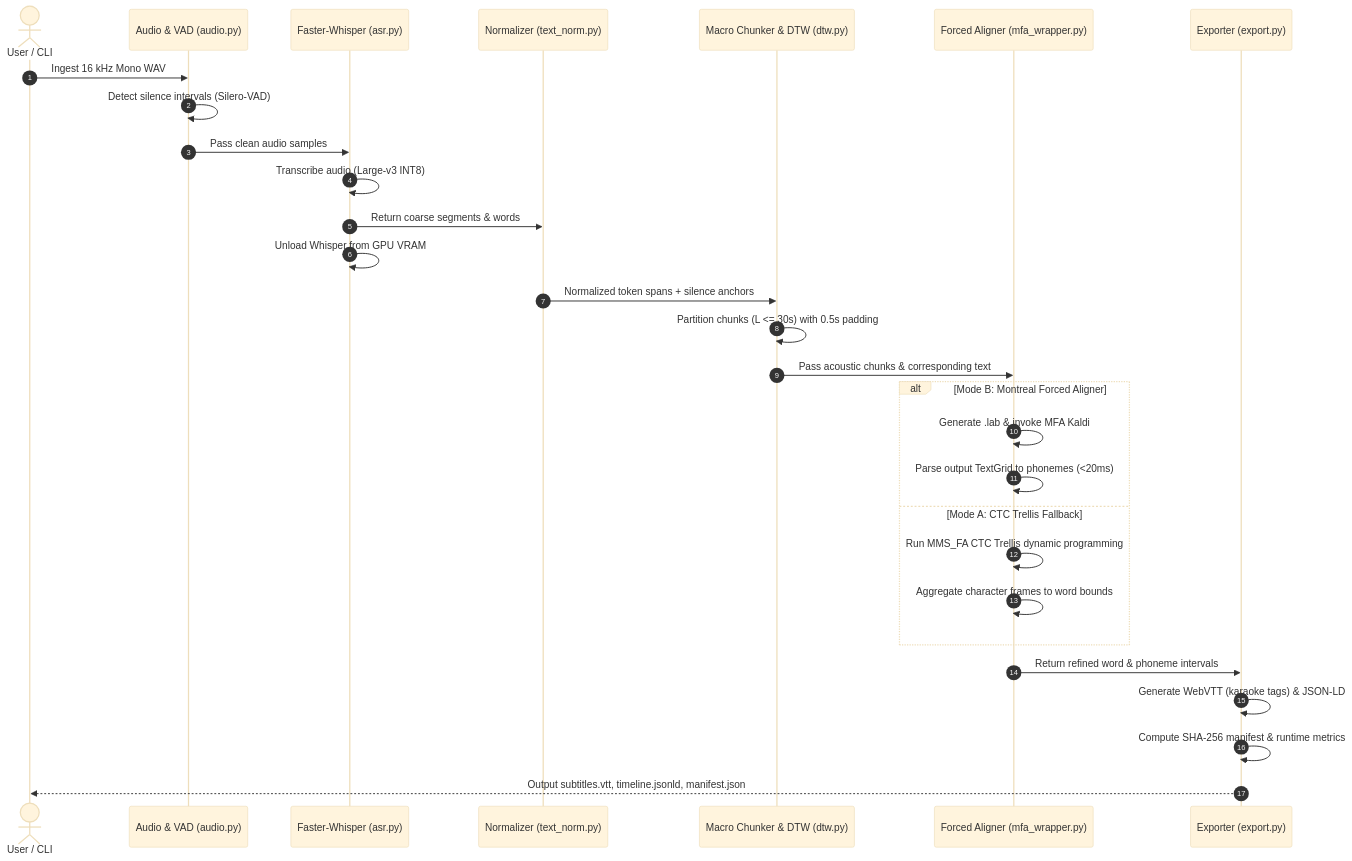
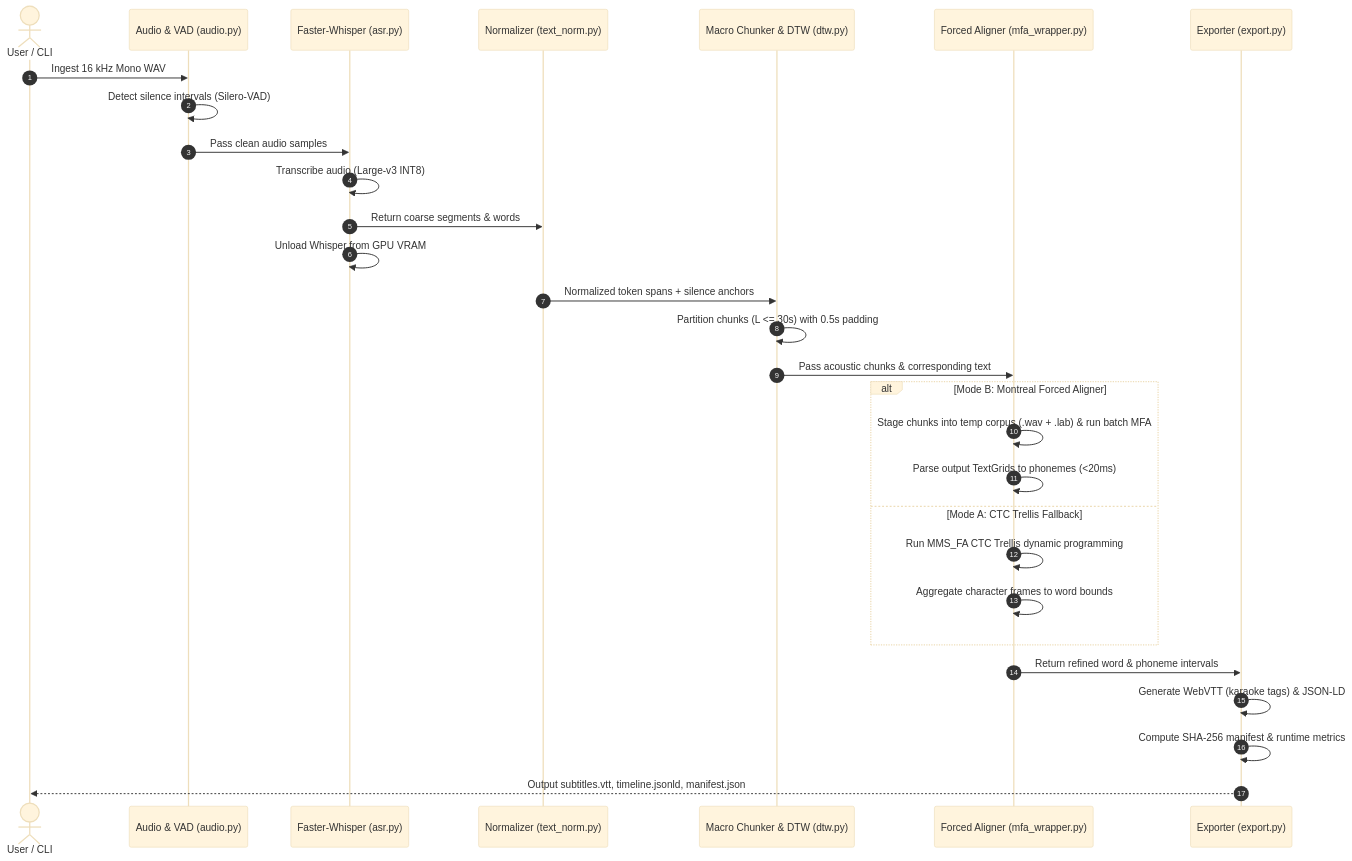
One commit to asqarnurym/local-subtitle-workbench changed the diagram in docs/ARCHITECTURE.md. Above: the diagram before and after it, drawn with Mermaid (base theme). The commit also changed other lines of this file, not shown here.

Commit message:
docs(architecture): document MFA corpus staging batch architecture and Windows 11 toolchain integration

````diff
--- a/docs/ARCHITECTURE.md
+++ b/docs/ARCHITECTURE.md
@@ -104,32 +118,32 @@
 ```mermaid
 sequenceDiagram
     autonumber
     actor User as User / CLI
     participant Ingest as Audio & VAD (audio.py)
     participant ASR as Faster-Whisper (asr.py)
     participant Norm as Normalizer (text_norm.py)
     participant DTW as Macro Chunker & DTW (dtw.py)
     participant Align as Forced Aligner (mfa_wrapper.py)
     participant Export as Exporter (export.py)
 
     User->>Ingest: Ingest 16 kHz Mono WAV
     Ingest->>Ingest: Detect silence intervals (Silero-VAD)
     Ingest->>ASR: Pass clean audio samples
     ASR->>ASR: Transcribe audio (Large-v3 INT8)
     ASR->>Norm: Return coarse segments & words
     ASR->>ASR: Unload Whisper from GPU VRAM
     Norm->>DTW: Normalized token spans + silence anchors
     DTW->>DTW: Partition chunks (L <= 30s) with 0.5s padding
     DTW->>Align: Pass acoustic chunks & corresponding text
     alt Mode B: Montreal Forced Aligner
-        Align->>Align: Generate .lab & invoke MFA Kaldi
-        Align->>Align: Parse output TextGrid to phonemes (<20ms)
+        Align->>Align: Stage chunks into temp corpus (.wav + .lab) & run batch MFA
+        Align->>Align: Parse output TextGrids to phonemes (<20ms)
     else Mode A: CTC Trellis Fallback
         Align->>Align: Run MMS_FA CTC Trellis dynamic programming
         Align->>Align: Aggregate character frames to word bounds
     end
     Align->>Export: Return refined word & phoneme intervals
     Export->>Export: Generate WebVTT (karaoke tags) & JSON-LD
     Export->>Export: Compute SHA-256 manifest & runtime metrics
     Export-->>User: Output subtitles.vtt, timeline.jsonld, manifest.json
 ```
````
